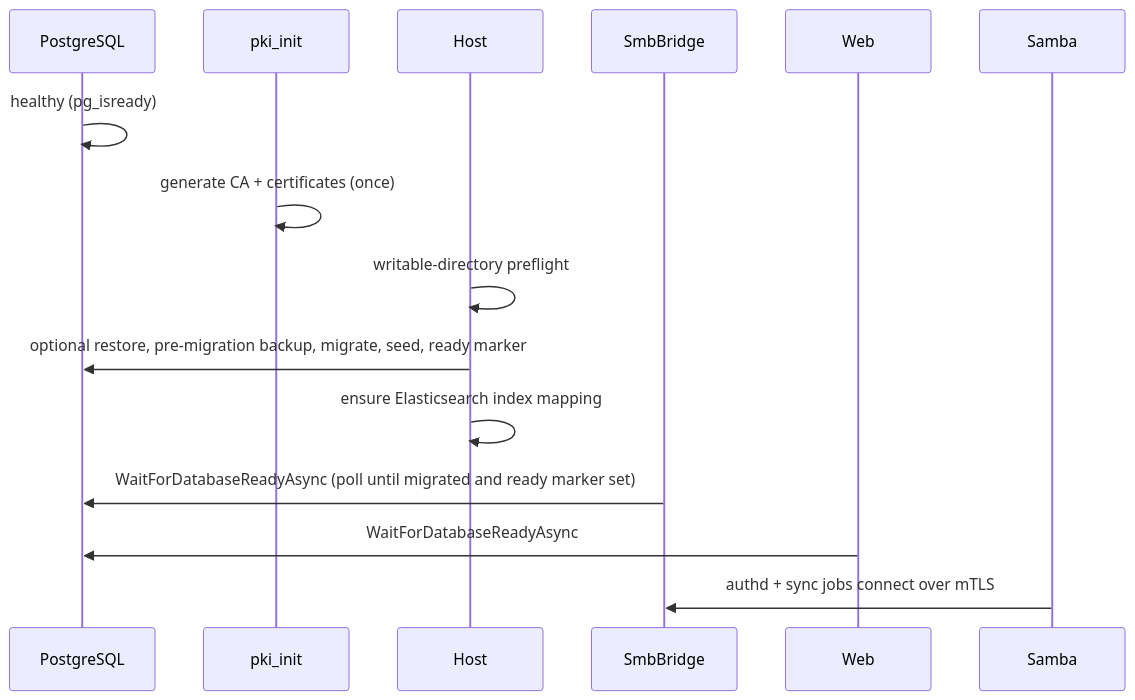
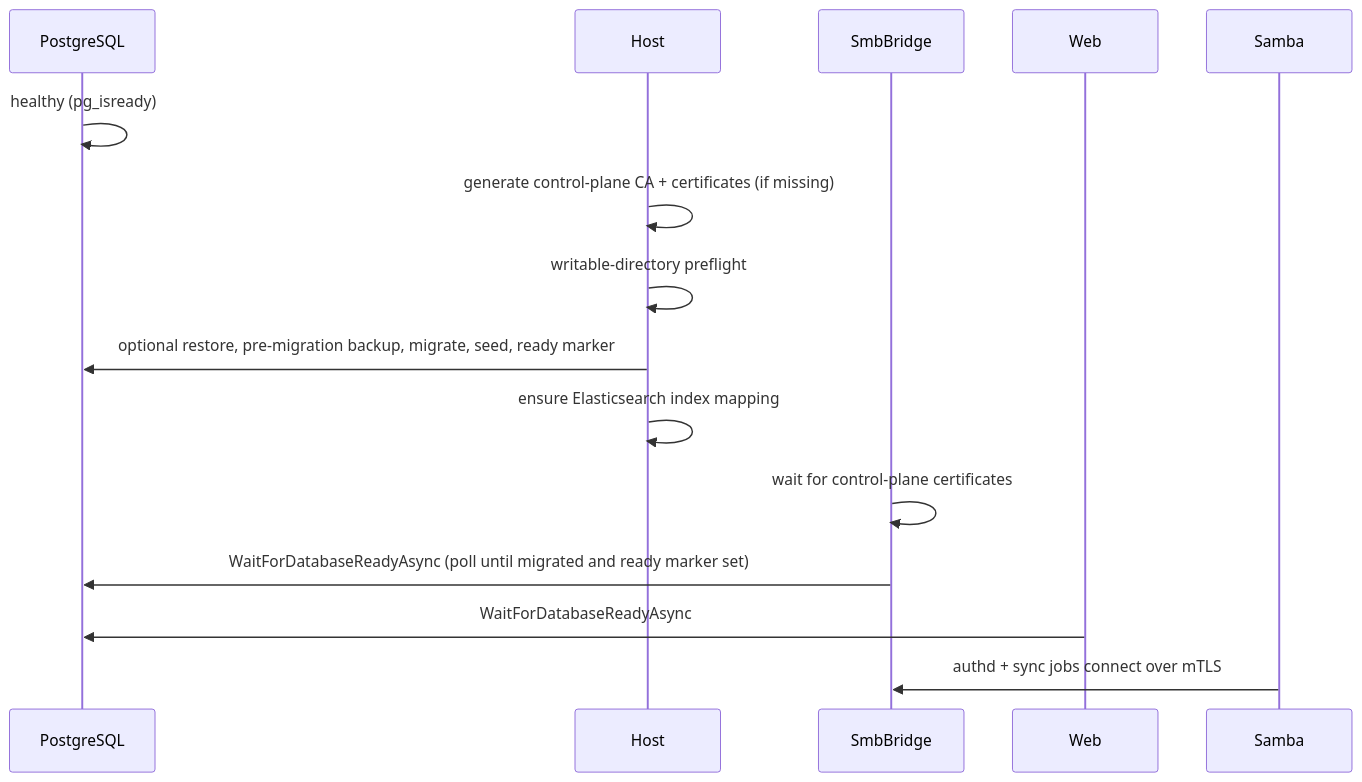
One commit to KaimoSystemSolutions/kaimo_file_server changed the second of 3 diagrams in docu/architecture/system-overview.md. Above: the diagram before and after it, drawn with Mermaid. The commit also changed other lines of this file and 23 other files, not shown here.

Commit message:
Migrated the PKI init container into the host container

````diff
--- a/docu/architecture/system-overview.md
+++ b/docu/architecture/system-overview.md
@@ -94,17 +93,17 @@
 ```mermaid
 sequenceDiagram
     participant DB as PostgreSQL
-    participant PKI as pki_init
     participant H as Host
     participant B as SmbBridge
     participant W as Web
     participant S as Samba
     DB->>DB: healthy (pg_isready)
-    PKI->>PKI: generate CA + certificates (once)
+    H->>H: generate control-plane CA + certificates (if missing)
     H->>H: writable-directory preflight
     H->>DB: optional restore, pre-migration backup, migrate, seed, ready marker
     H->>H: ensure Elasticsearch index mapping
+    B->>B: wait for control-plane certificates
     B->>DB: WaitForDatabaseReadyAsync (poll until migrated and ready marker set)
     W->>DB: WaitForDatabaseReadyAsync
     S->>B: authd + sync jobs connect over mTLS
 ```
````
